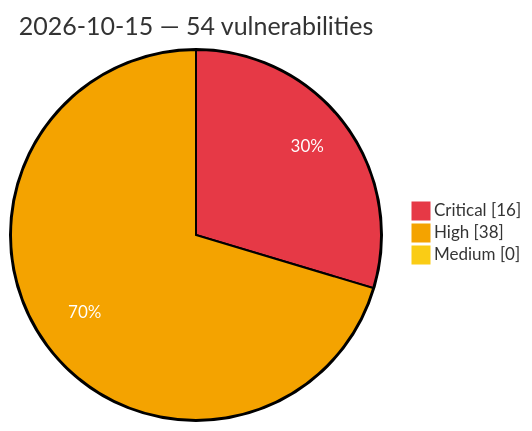
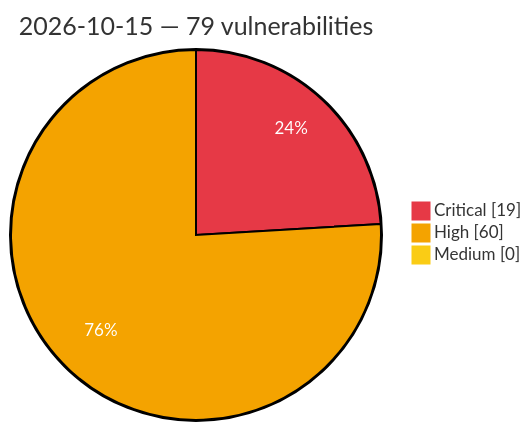
The diagram in vulnerabilities/2026/October/2026-10-15.md (GhostX0X/vuln-tracker), drawn with Mermaid before and after one commit. The commit also changed other lines of this file and 5 other files, not shown here.

Commit message:
Auto update: critical/high vulns (2026-10-15 19:09 UTC)

````diff
--- a/vulnerabilities/2026/October/2026-10-15.md
+++ b/vulnerabilities/2026/October/2026-10-15.md
@@ -3,8 +3,8 @@
 ```mermaid
 %%{init: {'theme':'base', 'themeVariables': {'pie1':'#e63946', 'pie2':'#f4a300', 'pie3':'#facc15', 'pieOpacity':'1', 'pieOuterStrokeWidth':'2px', 'pieSectionTextColor':'#ffffff'}}}%%
 pie showData
-    title 2026-10-15 — 54 vulnerabilities
-    "Critical" : 16
-    "High" : 38
+    title 2026-10-15 — 79 vulnerabilities
+    "Critical" : 19
+    "High" : 60
     "Medium" : 0
 ```
````
